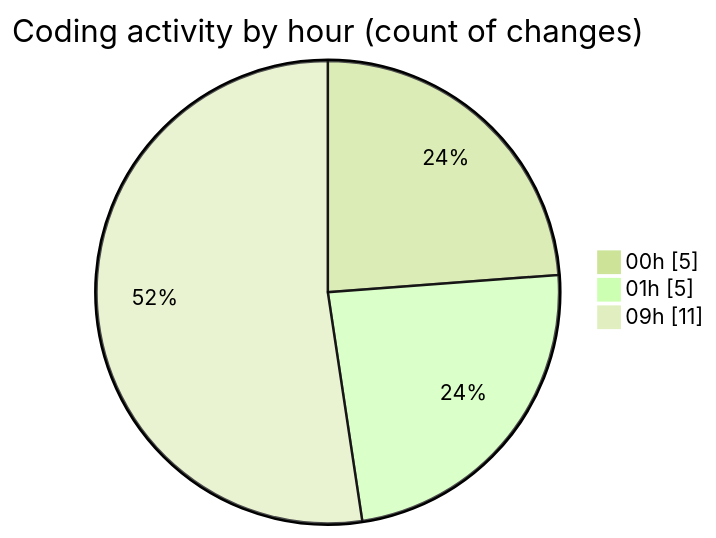
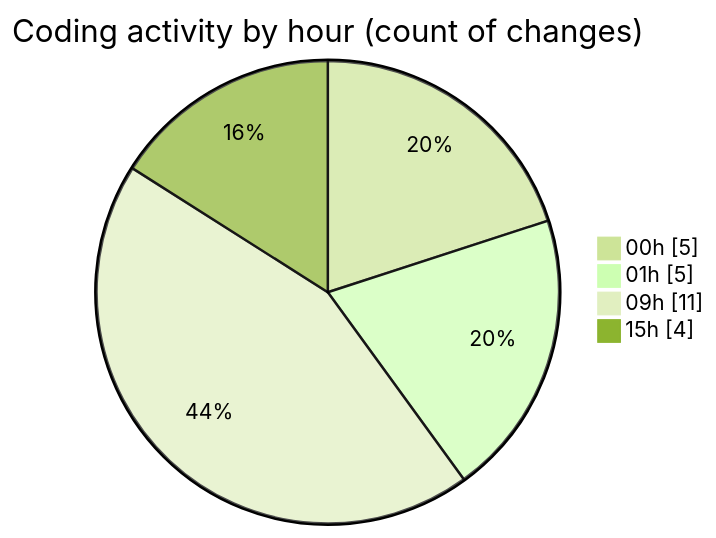
One commit to EIIisD/code-tracking changed the second of 2 diagrams in 2025-07-12/ribbon/README.md. Above: the diagram before and after it, drawn with Mermaid (forest theme). The commit also changed other lines of this file and 1 other file, not shown here.

````diff
--- a/2025-07-12/ribbon/README.md
+++ b/2025-07-12/ribbon/README.md
@@ -35,7 +37,8 @@
 ```mermaid
 pie showData
 title Coding activity by hour (count of changes)
 "00h" : 5
 "01h" : 5
 "09h" : 11
+"15h" : 4
 ```
````
